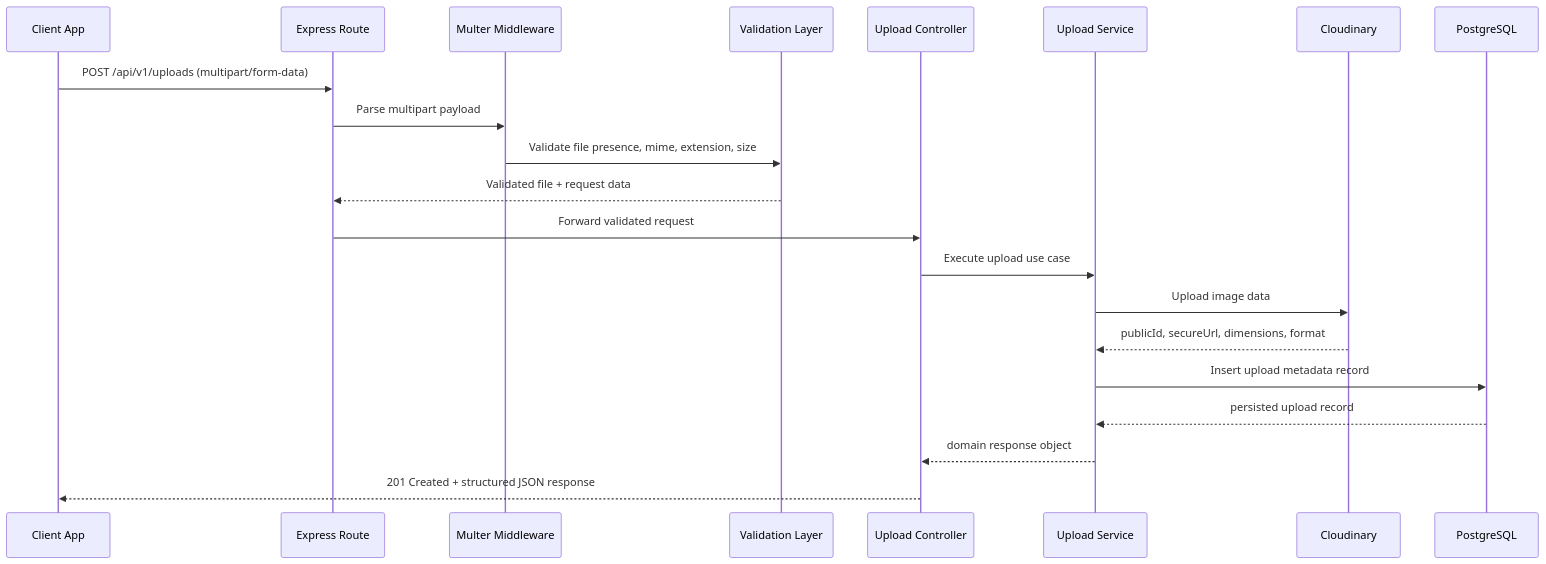
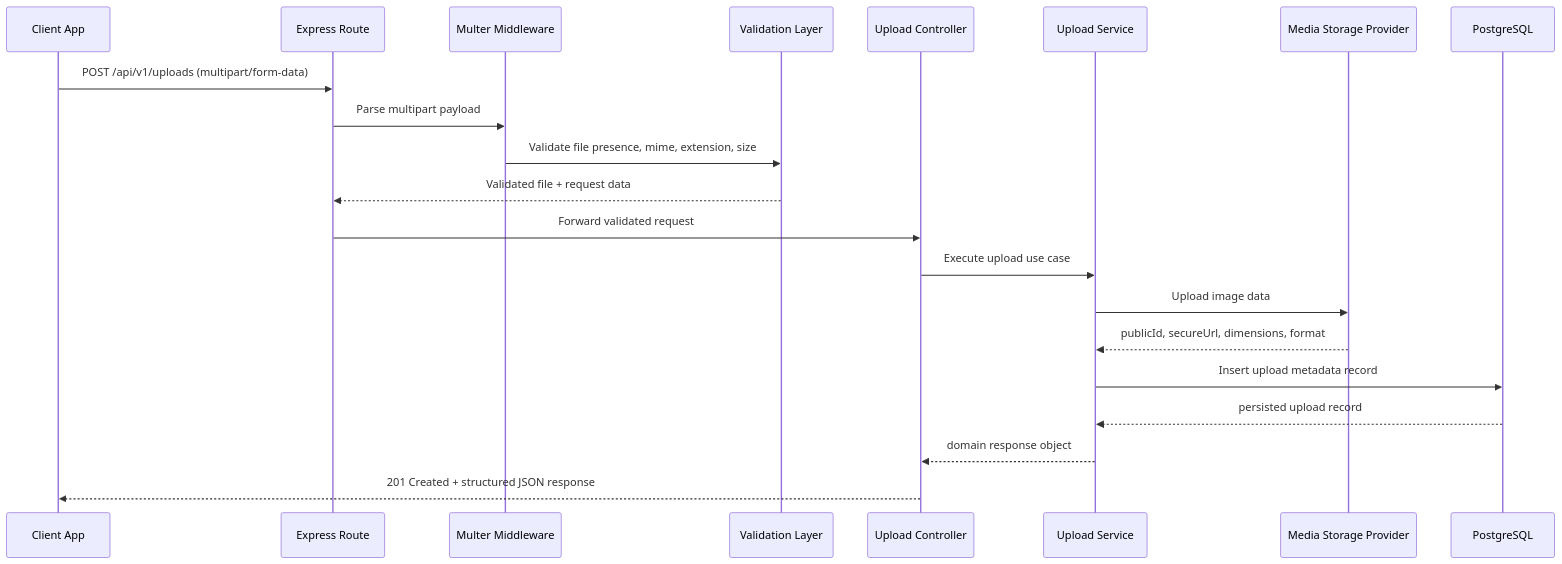
The second of 2 diagrams in docs/architecture.md (JesseDev454/image-upload-service-api), drawn with Mermaid before and after one commit. The commit also changed other lines of this file and 22 other files, not shown here.

````diff
--- a/docs/architecture.md
+++ b/docs/architecture.md
@@ -66,24 +69,24 @@
 ```mermaid
 sequenceDiagram
     participant C as Client App
     participant R as Express Route
     participant M as Multer Middleware
     participant V as Validation Layer
     participant CT as Upload Controller
     participant S as Upload Service
-    participant CL as Cloudinary
+    participant MSP as Media Storage Provider
     participant DB as PostgreSQL
 
     C->>R: POST /api/v1/uploads (multipart/form-data)
     R->>M: Parse multipart payload
     M->>V: Validate file presence, mime, extension, size
     V-->>R: Validated file + request data
     R->>CT: Forward validated request
     CT->>S: Execute upload use case
-    S->>CL: Upload image data
-    CL-->>S: publicId, secureUrl, dimensions, format
+    S->>MSP: Upload image data
+    MSP-->>S: publicId, secureUrl, dimensions, format
     S->>DB: Insert upload metadata record
     DB-->>S: persisted upload record
     S-->>CT: domain response object
     CT-->>C: 201 Created + structured JSON response
 ```
````
